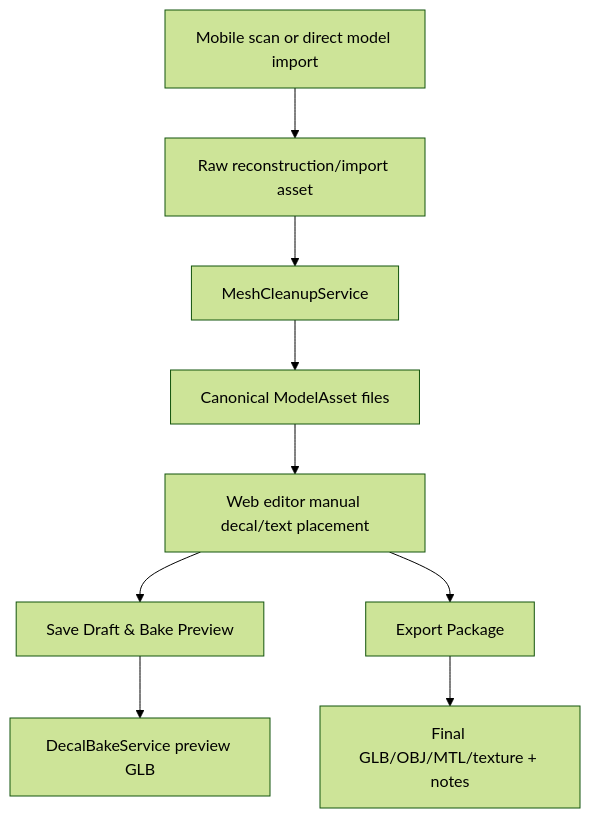
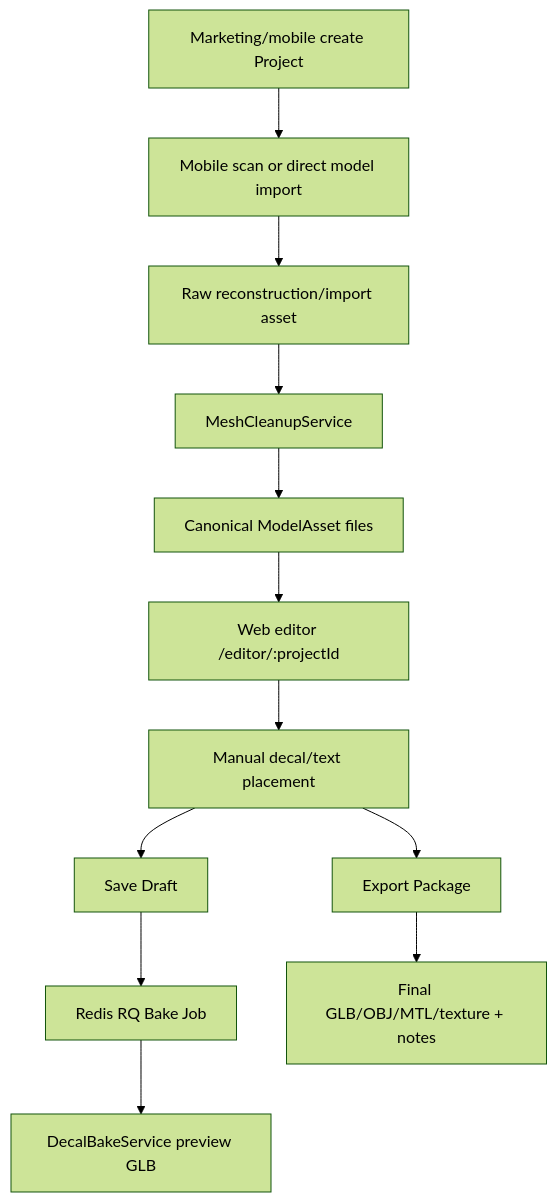
The diagram in CONTEXT.md (EXE-CAPSTONE-TEAM/ar-ai-exe), drawn with Mermaid (forest theme) before and after one commit. The commit also changed other lines of this file and 45 other files, not shown here.

````diff
--- a/CONTEXT.md
+++ b/CONTEXT.md
@@ -17,11 +17,14 @@
 ```mermaid
 flowchart TD
-    A["Mobile scan or direct model import"] --> B["Raw reconstruction/import asset"]
-    B --> C["MeshCleanupService"]
-    C --> D["Canonical ModelAsset files"]
-    D --> E["Web editor manual decal/text placement"]
-    E --> F["Save Draft & Bake Preview"]
-    F --> G["DecalBakeService preview GLB"]
-    E --> H["Export Package"]
-    H --> I["Final GLB/OBJ/MTL/texture + notes"]
+    A["Marketing/mobile create Project"] --> B["Mobile scan or direct model import"]
+    B --> C["Raw reconstruction/import asset"]
+    C --> D["MeshCleanupService"]
+    D --> E["Canonical ModelAsset files"]
+    E --> F["Web editor /editor/:projectId"]
+    F --> G["Manual decal/text placement"]
+    G --> H["Save Draft"]
+    H --> I["Redis RQ Bake Job"]
+    I --> J["DecalBakeService preview GLB"]
+    G --> K["Export Package"]
+    K --> L["Final GLB/OBJ/MTL/texture + notes"]
 ```
````
